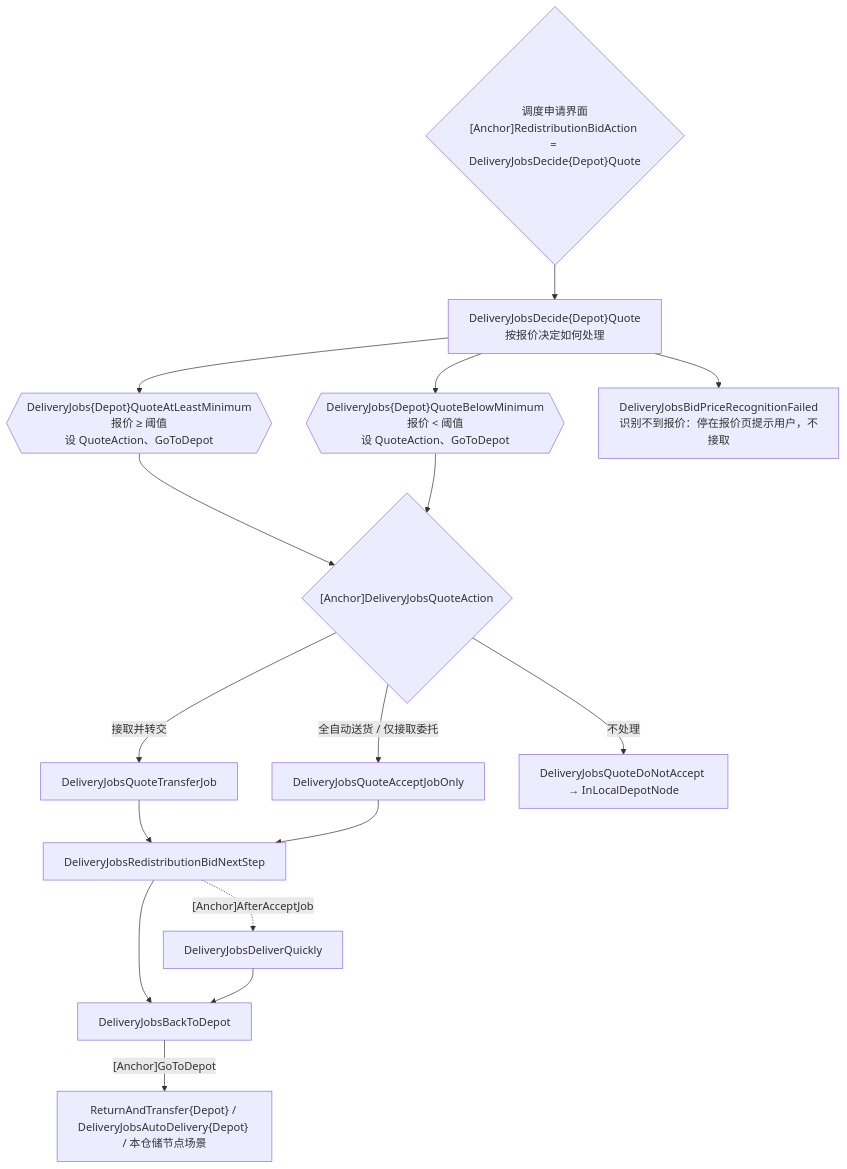
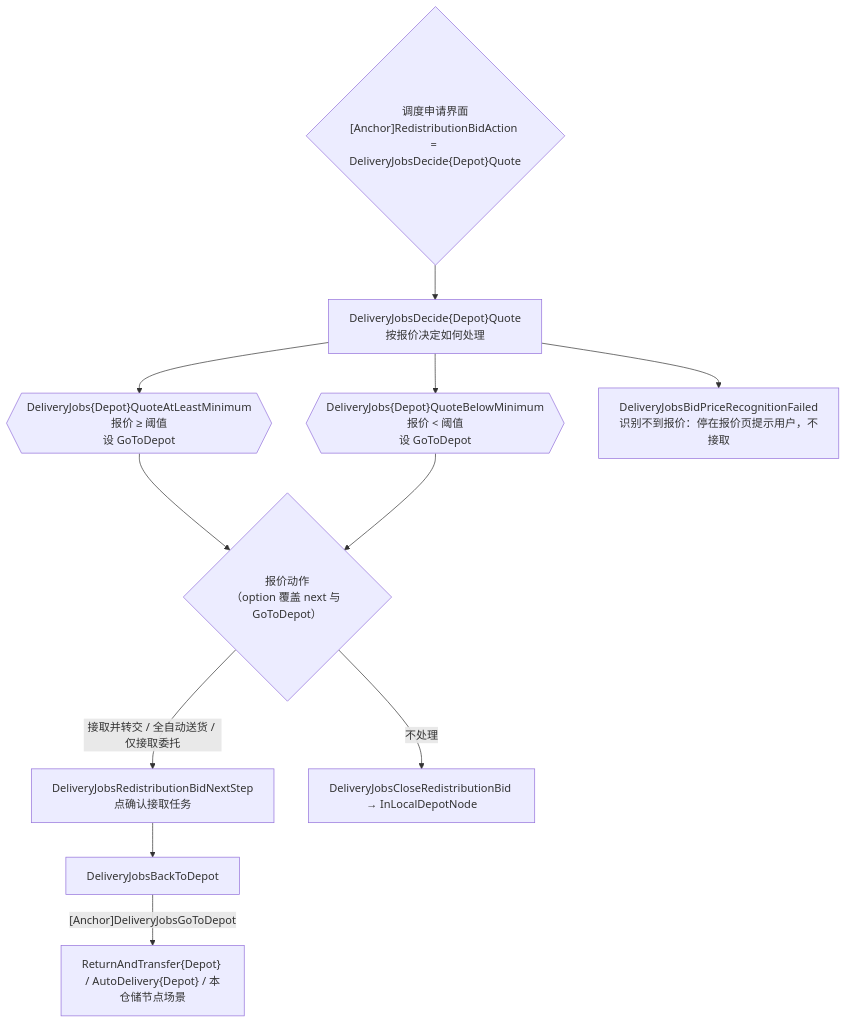
The third of 6 diagrams in docs/zh_cn/developers/tasks/delivery-jobs-maintain.md (MaaEnd/MaaEnd), drawn with Mermaid before and after one commit. The commit also changed other lines of this file, not shown here.

First line of the commit message:
docs(DeliveryJobs): 重写转交委托维护文档

````diff
--- a/docs/zh_cn/developers/tasks/delivery-jobs-maintain.md
+++ b/docs/zh_cn/developers/tasks/delivery-jobs-maintain.md
@@ -118,18 +118,13 @@
 ```mermaid
 flowchart TD
     Bid{"调度申请界面\n[Anchor]RedistributionBidAction = DeliveryJobsDecide{Depot}Quote"} --> Decide["DeliveryJobsDecide{Depot}Quote\n按报价决定如何处理"]
-    Decide --> AtLeast{{"DeliveryJobs{Depot}QuoteAtLeastMinimum\n报价 ≥ 阈值\n设 QuoteAction、GoToDepot"}}
-    Decide --> Below{{"DeliveryJobs{Depot}QuoteBelowMinimum\n报价 < 阈值\n设 QuoteAction、GoToDepot"}}
+    Decide --> AtLeast{{"DeliveryJobs{Depot}QuoteAtLeastMinimum\n报价 ≥ 阈值\n设 GoToDepot"}}
+    Decide --> Below{{"DeliveryJobs{Depot}QuoteBelowMinimum\n报价 < 阈值\n设 GoToDepot"}}
     Decide --> Fail["DeliveryJobsBidPriceRecognitionFailed\n识别不到报价：停在报价页提示用户，不接取"]
-    AtLeast --> QA{"[Anchor]DeliveryJobsQuoteAction"}
+    AtLeast --> QA{"报价动作\n（option 覆盖 next 与 GoToDepot）"}
     Below --> QA
-    QA -->|接取并转交| QT["DeliveryJobsQuoteTransferJob"]
-    QA -->|全自动送货 / 仅接取委托| QO["DeliveryJobsQuoteAcceptJobOnly"]
-    QA -->|不处理| QN["DeliveryJobsQuoteDoNotAccept → InLocalDepotNode"]
-    QT --> RB["DeliveryJobsRedistributionBidNextStep"]
-    QO --> RB
+    QA -->|接取并转交 / 全自动送货 / 仅接取委托| RB["DeliveryJobsRedistributionBidNextStep\n点确认接取任务"]
+    QA -->|不处理| Close["DeliveryJobsCloseRedistributionBid → InLocalDepotNode"]
     RB --> Back["DeliveryJobsBackToDepot"]
-    RB -.->|"[Anchor]AfterAcceptJob"| Quick["DeliveryJobsDeliverQuickly"]
-    Quick --> Back
-    Back -->|"[Anchor]GoToDepot"| Land["ReturnAndTransfer{Depot} / DeliveryJobsAutoDelivery{Depot} / 本仓储节点场景"]
+    Back -->|"[Anchor]DeliveryJobsGoToDepot"| Land["ReturnAndTransfer{Depot} / AutoDelivery{Depot} / 本仓储节点场景"]
 ```
````
